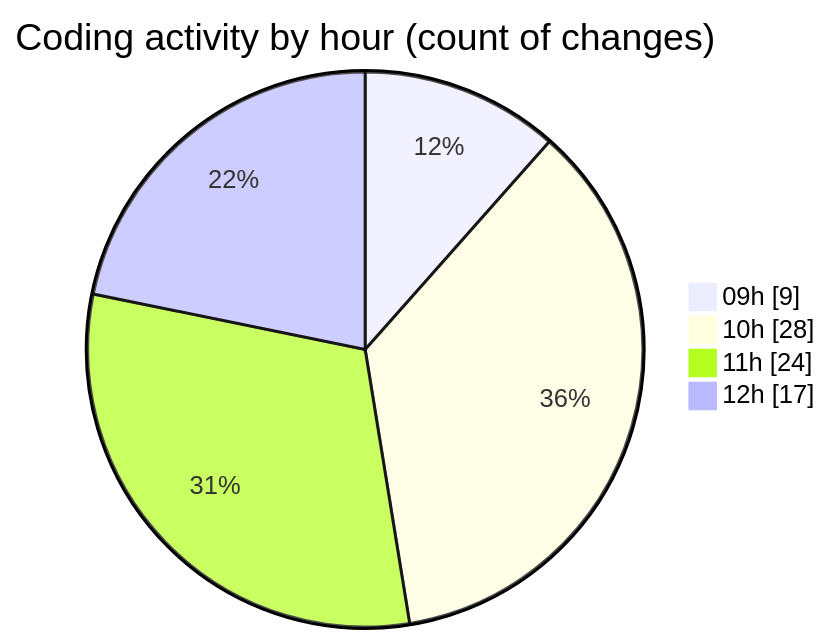
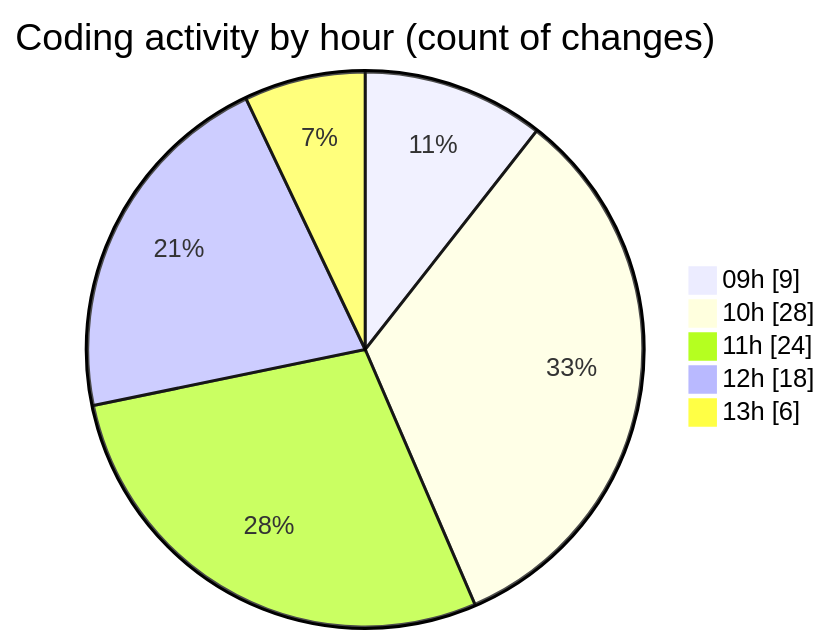
The second of 2 diagrams in 2025-09-18/cda/README.md (momahboobian/code-tracking), drawn with Mermaid before and after one commit. The commit also changed other lines of this file and 1 other file, not shown here.

````diff
--- a/2025-09-18/cda/README.md
+++ b/2025-09-18/cda/README.md
@@ -36,8 +36,9 @@
 ```mermaid
 pie showData
 title Coding activity by hour (count of changes)
 "09h" : 9
 "10h" : 28
 "11h" : 24
-"12h" : 17
+"12h" : 18
+"13h" : 6
 ```
````
